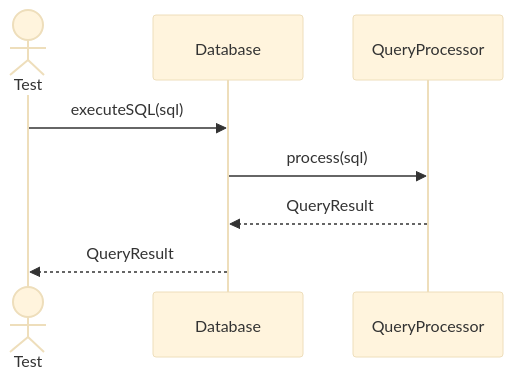
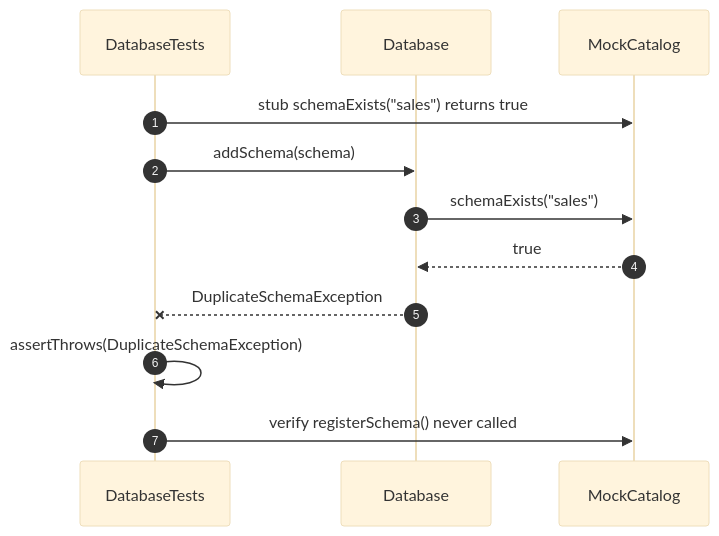
Before and after one commit to FhuAnn/-bbv-AN-s-DBMS: the ninth of 25 diagrams in src/tests/unit/database/sequences/database-testing.se.md, drawn with Mermaid (base theme). The commit also changed other lines of this file and 28 other files, not shown here.

Commit message:
edit db sequence, dbtest

````diff
--- a/src/tests/unit/database/sequences/database-testing.se.md
+++ b/src/tests/unit/database/sequences/database-testing.se.md
@@ -139,11 +212,19 @@
 ```mermaid
 sequenceDiagram
-actor Test
-participant Database
-participant QueryProcessor
+    autonumber
 
-Test->>Database: executeSQL(sql)
-Database->>QueryProcessor: process(sql)
-QueryProcessor-->>Database: QueryResult
-Database-->>Test: QueryResult
+    participant Test as DatabaseTests
+    participant Database
+    participant Catalog as MockCatalog
+
+    Test->>Catalog: stub schemaExists("sales") returns true
+    Test->>Database: addSchema(schema)
+
+    Database->>Catalog: schemaExists("sales")
+    Catalog-->>Database: true
+
+    Database--xTest: DuplicateSchemaException
+
+    Test->>Test: assertThrows(DuplicateSchemaException)
+    Test->>Catalog: verify registerSchema() never called
 ```
````
